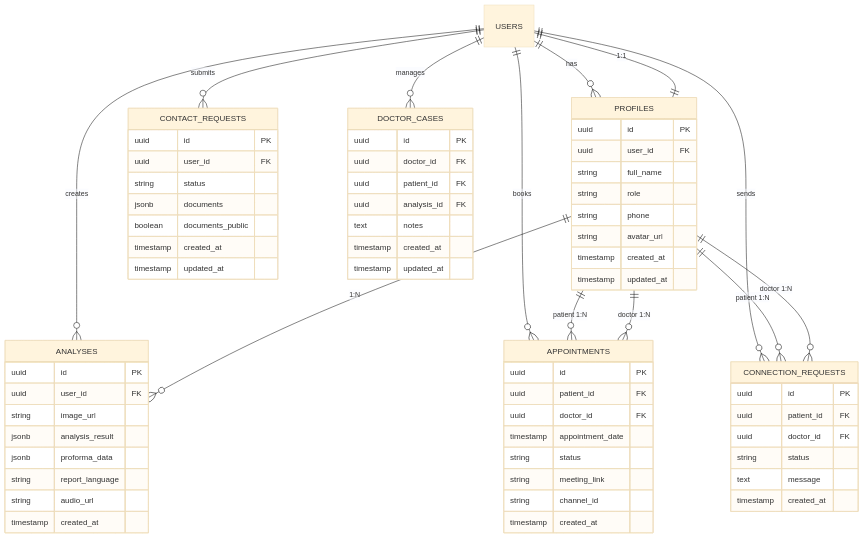
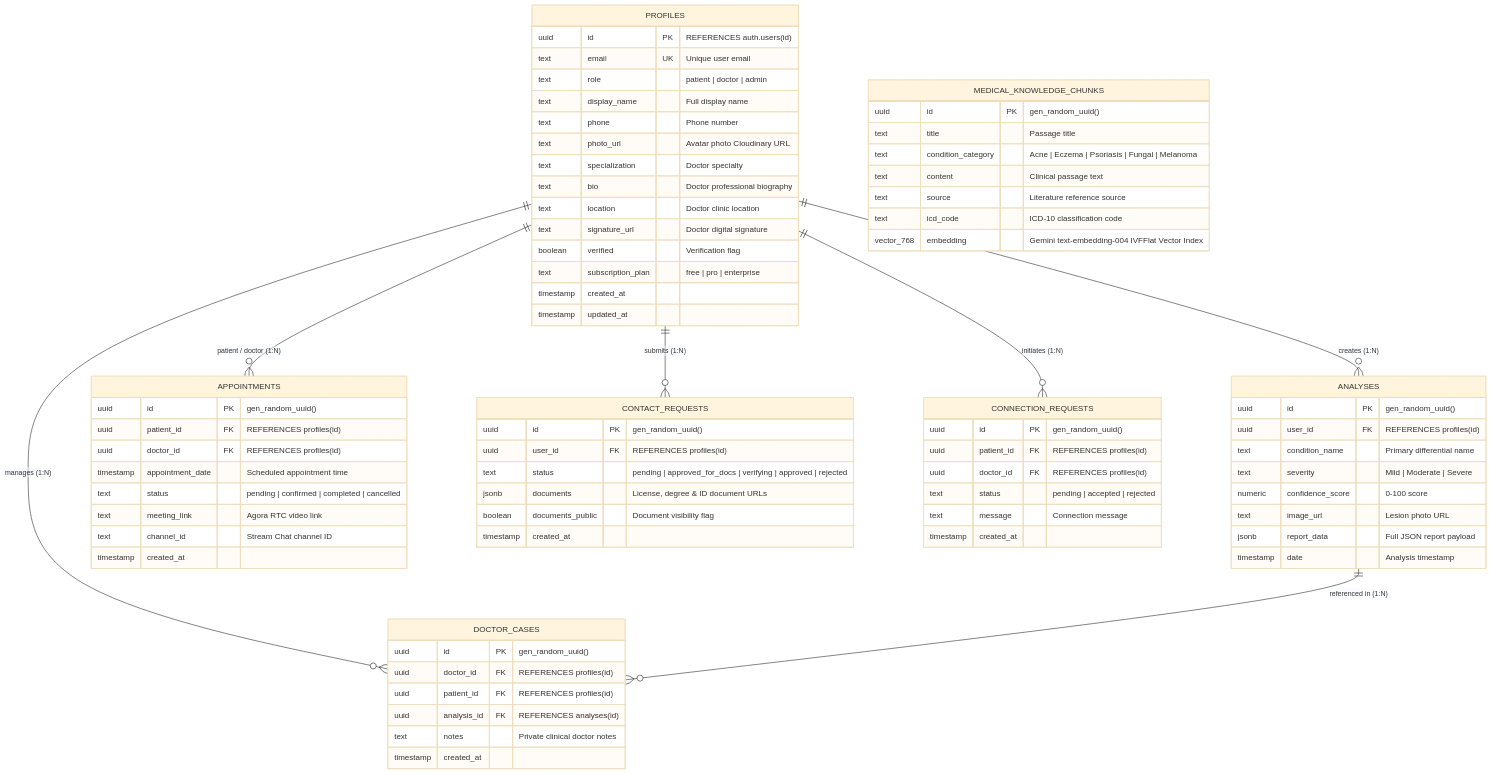
Before and after one commit to salman-momin08/dermiassist: the fourth of 13 diagrams in README.md, drawn with Mermaid (base theme). The commit also changed other lines of this file and 64 other files, not shown here.

````diff
--- a/README.md
+++ b/README.md
@@ -228,78 +210,85 @@
 ```mermaid
 erDiagram
-    USERS ||--o{ PROFILES : has
-    USERS ||--o{ ANALYSES : creates
-    USERS ||--o{ APPOINTMENTS : books
-    USERS ||--o{ CONNECTION_REQUESTS : sends
-    USERS ||--o{ CONTACT_REQUESTS : submits
-    USERS ||--o{ DOCTOR_CASES : manages
+    PROFILES ||--o{ ANALYSES : "creates (1:N)"
+    PROFILES ||--o{ APPOINTMENTS : "patient / doctor (1:N)"
+    PROFILES ||--o{ DOCTOR_CASES : "manages (1:N)"
+    PROFILES ||--o{ CONTACT_REQUESTS : "submits (1:N)"
+    PROFILES ||--o{ CONNECTION_REQUESTS : "initiates (1:N)"
+    ANALYSES ||--o{ DOCTOR_CASES : "referenced in (1:N)"
     
     PROFILES {
-        uuid id PK
-        uuid user_id FK
-        string full_name
-        string role
-        string phone
-        string avatar_url
+        uuid id PK "REFERENCES auth.users(id)"
+        text email UK "Unique user email"
+        text role "patient | doctor | admin"
+        text display_name "Full display name"
+        text phone "Phone number"
+        text photo_url "Avatar photo Cloudinary URL"
+        text specialization "Doctor specialty"
+        text bio "Doctor professional biography"
+        text location "Doctor clinic location"
+        text signature_url "Doctor digital signature"
+        boolean verified "Verification flag"
+        text subscription_plan "free | pro | enterprise"
         timestamp created_at
         timestamp updated_at
     }
     
     ANALYSES {
-        uuid id PK
-        uuid user_id FK
-        string image_url
-        jsonb analysis_result
-        jsonb proforma_data
-        string report_language
-        string audio_url
+        uuid id PK "gen_random_uuid()"
+        uuid user_id FK "REFERENCES profiles(id)"
+        text condition_name "Primary differential name"
+        text severity "Mild | Moderate | Severe"
+        numeric confidence_score "0-100 score"
+        text image_url "Lesion photo URL"
+        jsonb report_data "Full JSON report payload"
+        timestamp date "Analysis timestamp"
+    }
+    
+    APPOINTMENTS {
+        uuid id PK "gen_random_uuid()"
+        uuid patient_id FK "REFERENCES profiles(id)"
+        uuid doctor_id FK "REFERENCES profiles(id)"
+        timestamp appointment_date "Scheduled appointment time"
+        text status "pending | confirmed | completed | cancelled"
+        text meeting_link "Agora RTC video link"
+        text channel_id "Stream Chat channel ID"
         timestamp created_at
     }
     
-    APPOINTMENTS {
-        uuid id PK
-        uuid patient_id FK
-        uuid doctor_id FK
-        timestamp appointment_date
-        string status
-        string meeting_link
-        string channel_id
+    DOCTOR_CASES {
+        uuid id PK "gen_random_uuid()"
+        uuid doctor_id FK "REFERENCES profiles(id)"
+        uuid patient_id FK "REFERENCES profiles(id)"
+        uuid analysis_id FK "REFERENCES analyses(id)"
+        text notes "Private clinical doctor notes"
+        timestamp created_at
+    }
+    
+    CONTACT_REQUESTS {
+        uuid id PK "gen_random_uuid()"
+        uuid user_id FK "REFERENCES profiles(id)"
+        text status "pending | approved_for_docs | verifying | approved | rejected"
+        jsonb documents "License, degree & ID document URLs"
+        boolean documents_public "Document visibility flag"
         timestamp created_at
     }
     
     CONNECTION_REQUESTS {
-        uuid id PK
-        uuid patient_id FK
-        uuid doctor_id FK
-        string status
-        text message
+        uuid id PK "gen_random_uuid()"
+        uuid patient_id FK "REFERENCES profiles(id)"
+        uuid doctor_id FK "REFERENCES profiles(id)"
+        text status "pending | accepted | rejected"
+        text message "Connection message"
         timestamp created_at
     }
     
-    CONTACT_REQUESTS {
-        uuid id PK
-        uuid user_id FK
-        string status
-        jsonb documents
-        boolean documents_public
-        timestamp created_at
-        timestamp updated_at
+    MEDICAL_KNOWLEDGE_CHUNKS {
+        uuid id PK "gen_random_uuid()"
+        text title "Passage title"
+        text condition_category "Acne | Eczema | Psoriasis | Fungal | Melanoma"
+        text content "Clinical passage text"
+        text source "Literature reference source"
+        text icd_code "ICD-10 classification code"
+        vector_768 embedding "Gemini text-embedding-004 IVFFlat Vector Index"
     }
-    
-    DOCTOR_CASES {
-        uuid id PK
-        uuid doctor_id FK
-        uuid patient_id FK
-        uuid analysis_id FK
-        text notes
-        timestamp created_at
-        timestamp updated_at
-    }
-    
-    USERS ||--|| PROFILES : "1:1"
-    PROFILES ||--o{ ANALYSES : "1:N"
-    PROFILES ||--o{ APPOINTMENTS : "patient 1:N"
-    PROFILES ||--o{ APPOINTMENTS : "doctor 1:N"
-    PROFILES ||--o{ CONNECTION_REQUESTS : "patient 1:N"
-    PROFILES ||--o{ CONNECTION_REQUESTS : "doctor 1:N"
 ```
````
